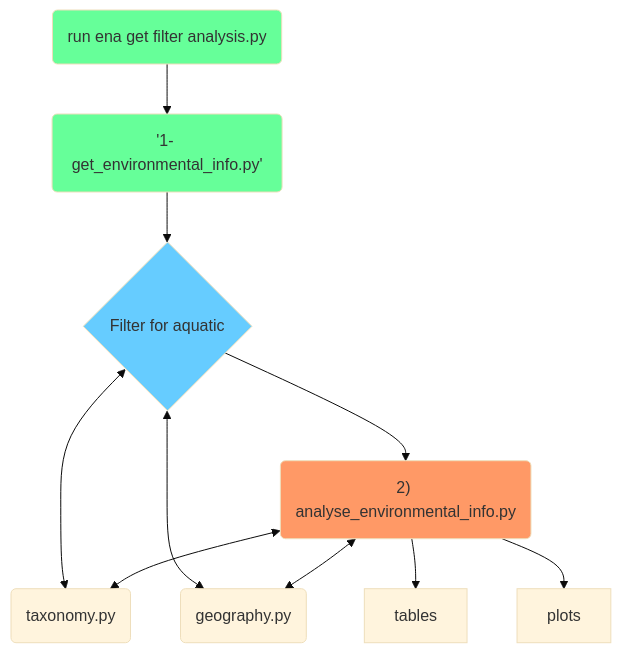
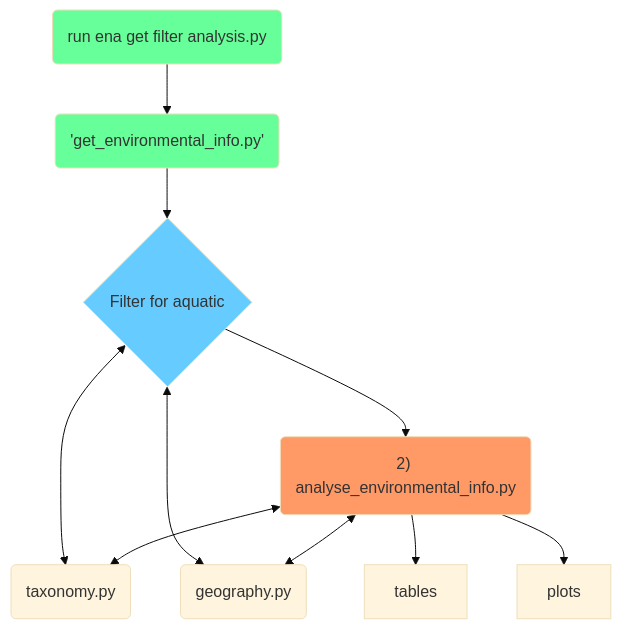
The second of 2 diagrams in docs/T2.2_README.md (eDNAqua-Plan-project/wp2), drawn with Mermaid (base theme) before and after one commit.

Commit message:
docs: typo fix in T2.2_README.md

````diff
--- a/docs/T2.2_README.md
+++ b/docs/T2.2_README.md
@@ -70,18 +70,18 @@
 ```mermaid
 flowchart TD
 
-      overall("`run ena get filter analysis.py`"):::startclass-->get('1- get_environmental_info.py'):::startclass
+      overall("`run ena get filter analysis.py`"):::startclass-->get('get_environmental_info.py'):::startclass
       Filter<-->tax("taxonomy.py")
       Filter<-->geog("geography.py")
       get-->Filter{Filter for aquatic}:::aquaticclass
       Filter-->analyse("2) analyse_environmental_info.py"):::decisionclass
       analyse<-->tax
       analyse<-->geog
       analyse-->tables["tables"]
       analyse-->plots["plots"]
 
       classDef startclass fill:#66ff99
       classDef decisionclass fill:#f96
       classDef aquaticclass fill:#66ccff
 
 ```
````
